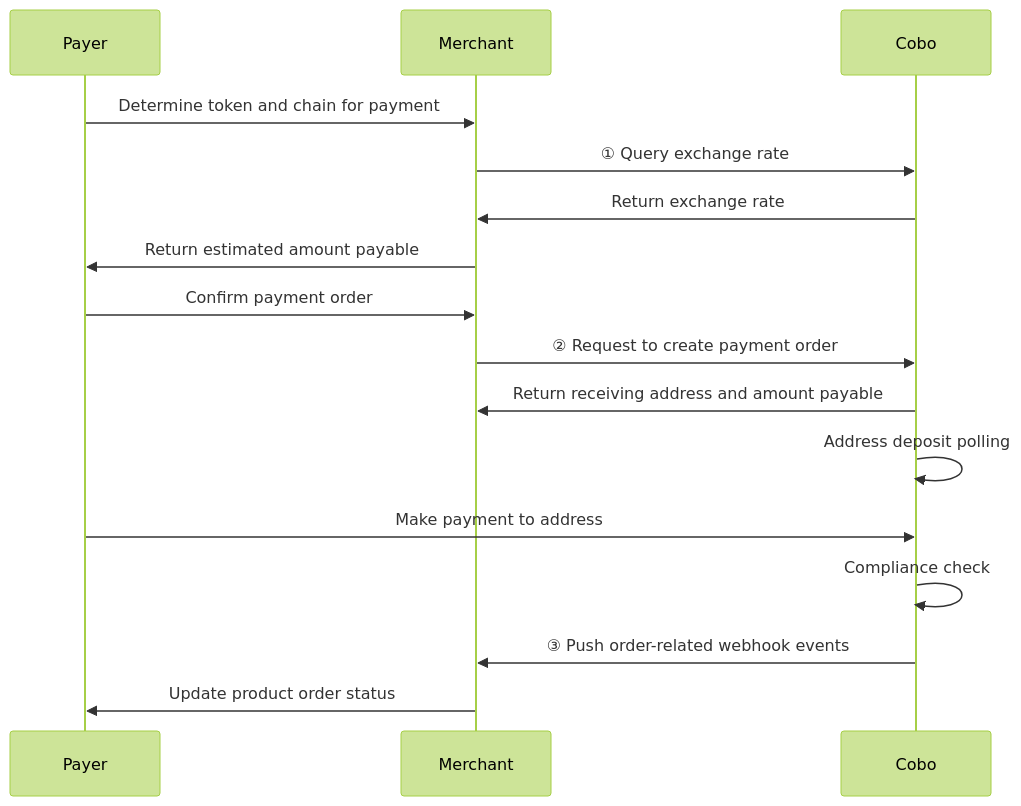
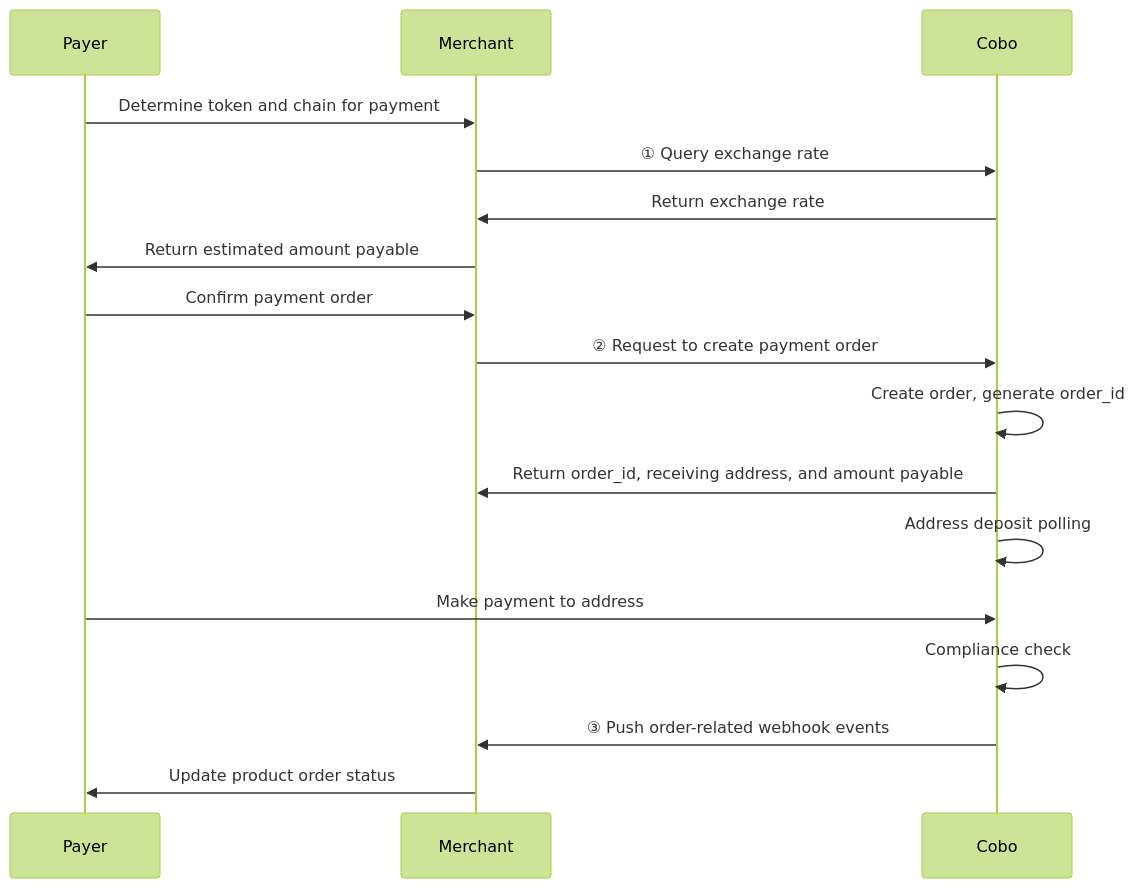
One commit to CoboGlobal/payments-manual changed the first of 2 diagrams in payments/en/guides/create-orders.mdx. Above: the diagram before and after it, drawn with Mermaid (forest theme). The commit also changed other lines of this file and 3 other files, not shown here.

````diff
--- a/payments/en/guides/create-orders.mdx
+++ b/payments/en/guides/create-orders.mdx
@@ -42,18 +42,19 @@
     ```mermaid
     sequenceDiagram
         participant Payer
         participant Merchant
         participant Cobo
         Payer ->> Merchant: Determine token and chain for payment
         Merchant ->> Cobo: ① Query exchange rate
         Cobo ->> Merchant: Return exchange rate
         Merchant ->> Payer: Return estimated amount payable
         Payer ->> Merchant: Confirm payment order
         Merchant ->> Cobo: ② Request to create payment order
-        Cobo ->> Merchant: Return receiving address and amount payable
+        Cobo ->> Cobo: Create order, generate order_id
+        Cobo ->> Merchant: Return order_id, receiving address, and amount payable
         Cobo ->> Cobo: Address deposit polling
         Payer ->> Cobo: Make payment to address
         Cobo ->> Cobo: Compliance check
         Cobo ->> Merchant: ③ Push order-related webhook events
         Merchant ->> Payer: Update product order status
     ```
````
